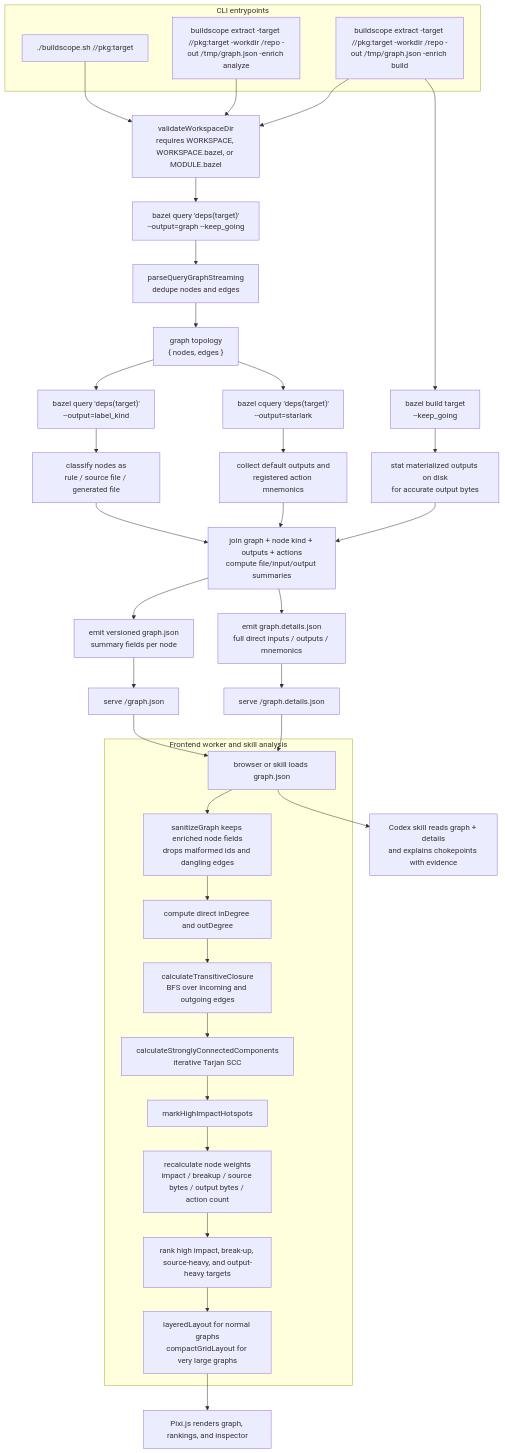
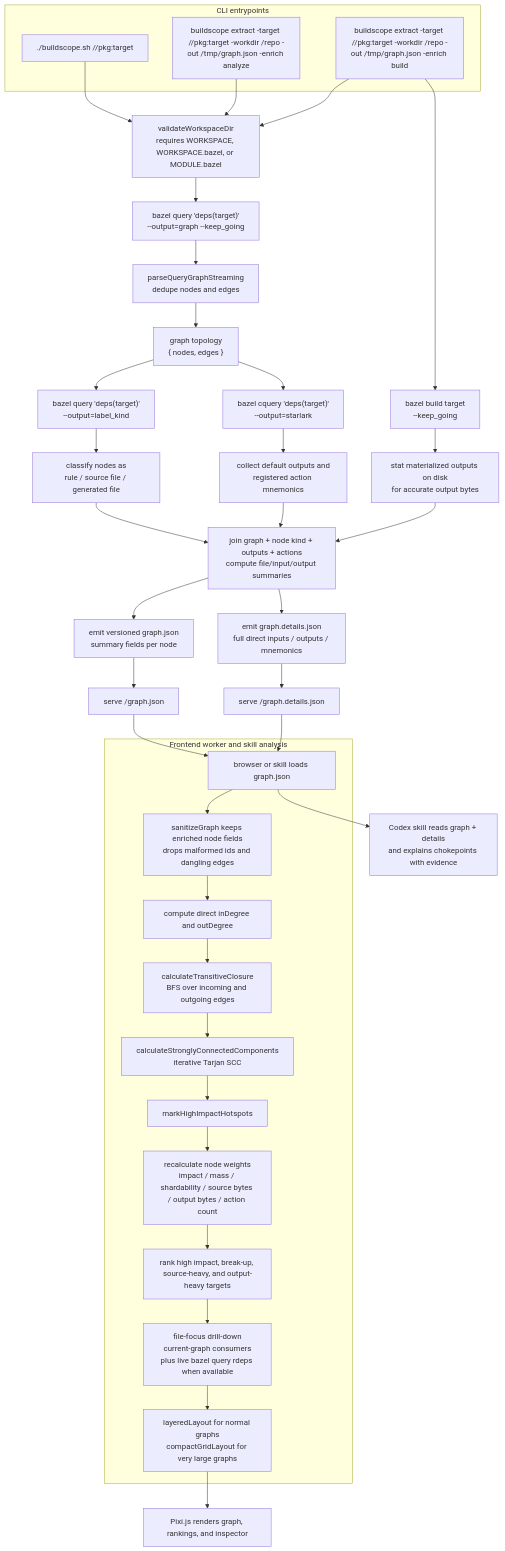
One commit to sharmilajesupaul/buildscope changed the diagram in docs/bazel-graph-flow.md. Above: the diagram before and after it, drawn with Mermaid. The commit also changed other lines of this file and 27 other files, not shown here.

````diff
--- a/docs/bazel-graph-flow.md
+++ b/docs/bazel-graph-flow.md
@@ -12,53 +13,54 @@
 ```mermaid
 flowchart TD
   subgraph EntryPoints["CLI entrypoints"]
     A["./buildscope.sh //pkg:target"]
     B["buildscope extract -target //pkg:target -workdir /repo -out /tmp/graph.json -enrich analyze"]
     C["buildscope extract -target //pkg:target -workdir /repo -out /tmp/graph.json -enrich build"]
   end
 
   A --> D
   B --> D
   C --> D
 
   D["validateWorkspaceDir<br/>requires WORKSPACE, WORKSPACE.bazel, or MODULE.bazel"]
   D --> E
 
   E["bazel query 'deps(target)'<br/>--output=graph --keep_going"]
   E --> F["parseQueryGraphStreaming<br/>dedupe nodes and edges"]
   F --> G["graph topology<br/>{ nodes, edges }"]
 
   G --> H["bazel query 'deps(target)'<br/>--output=label_kind"]
   G --> I["bazel cquery 'deps(target)'<br/>--output=starlark"]
   C --> J["bazel build target<br/>--keep_going"]
 
   H --> K["classify nodes as<br/>rule / source file / generated file"]
   I --> L["collect default outputs and<br/>registered action mnemonics"]
   J --> M["stat materialized outputs on disk<br/>for accurate output bytes"]
 
   K --> N["join graph + node kind + outputs + actions<br/>compute file/input/output summaries"]
   L --> N
   M --> N
 
   N --> O["emit versioned graph.json<br/>summary fields per node"]
   N --> P["emit graph.details.json<br/>full direct inputs / outputs / mnemonics"]
   O --> Q["serve /graph.json"]
   P --> R["serve /graph.details.json"]
 
   Q --> S["browser or skill loads graph.json"]
   R --> S
 
   subgraph Worker["Frontend worker and skill analysis"]
     S --> T["sanitizeGraph keeps enriched node fields<br/>drops malformed ids and dangling edges"]
     T --> U["compute direct inDegree and outDegree"]
     U --> V["calculateTransitiveClosure<br/>BFS over incoming and outgoing edges"]
     V --> W["calculateStronglyConnectedComponents<br/>iterative Tarjan SCC"]
     W --> X["markHighImpactHotspots"]
-    X --> Y["recalculate node weights<br/>impact / breakup / source bytes / output bytes / action count"]
+    X --> Y["recalculate node weights<br/>impact / mass / shardability / source bytes / output bytes / action count"]
     Y --> Z["rank high impact, break-up, source-heavy, and output-heavy targets"]
-    Z --> AA["layeredLayout for normal graphs<br/>compactGridLayout for very large graphs"]
+    Z --> AA["file-focus drill-down<br/>current-graph consumers<br/>plus live bazel query rdeps when available"]
+    AA --> AB["layeredLayout for normal graphs<br/>compactGridLayout for very large graphs"]
   end
 
-  AA --> AB["Pixi.js renders graph, rankings, and inspector"]
-  S --> AC["Codex skill reads graph + details<br/>and explains chokepoints with evidence"]
+  AB --> AC["Pixi.js renders graph, rankings, and inspector"]
+  S --> AD["Codex skill reads graph + details<br/>and explains chokepoints with evidence"]
 ```
````
